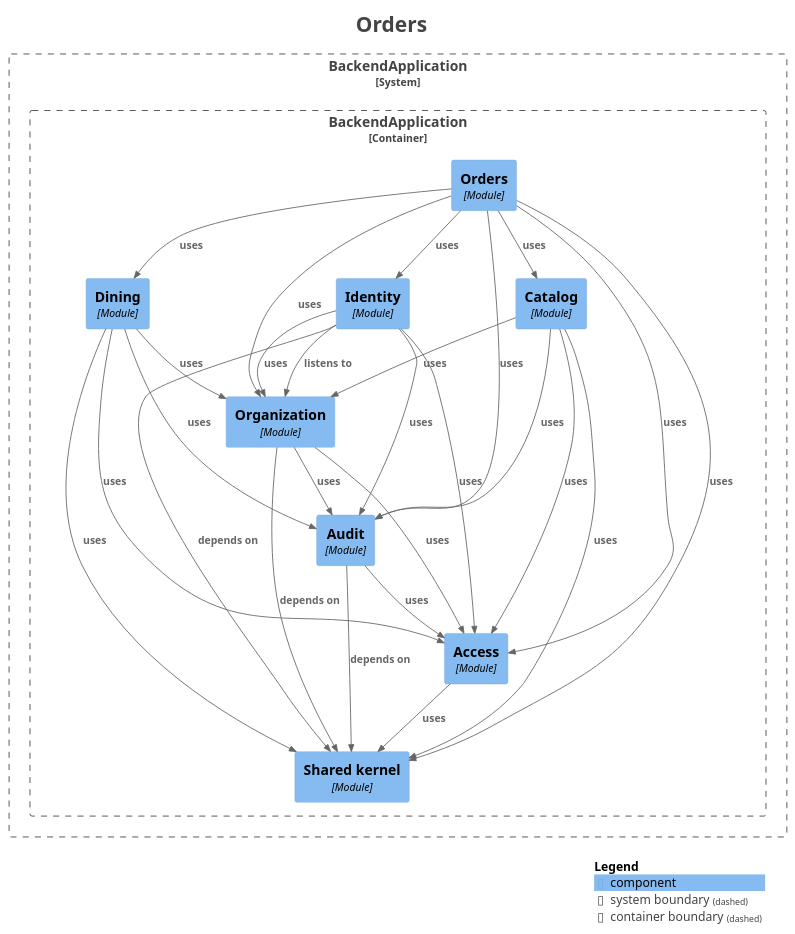
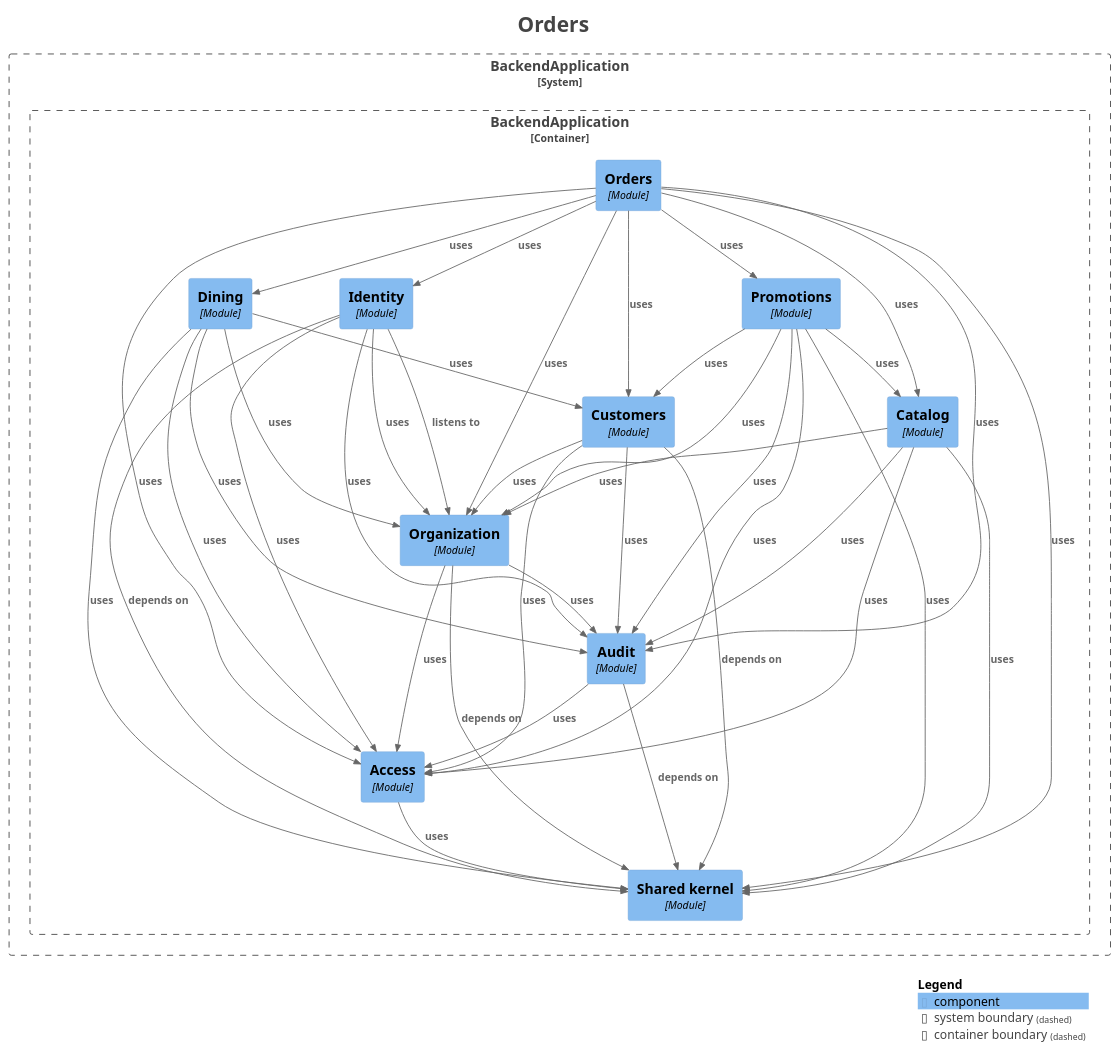
The diagram in docs/architecture/modules/module-orders.puml (fxavier/restaurantePRO), drawn with PlantUML before and after one commit. The commit also changed 24 other files, not shown here.

First line of the commit message:
docs(architecture): regenerate the Modulith module docs for R4

```diff
--- a/docs/architecture/modules/module-orders.puml
+++ b/docs/architecture/modules/module-orders.puml
@@ -1,61 +1,76 @@
 @startuml
 title <size:24>Orders</size>
 
 set separator none
 top to bottom direction
 
 <style>
   root {
     BackgroundColor: #ffffff
     FontColor: #444444
   }
 </style>
 
 !include <C4/C4>
 !include <C4/C4_Context>
 !include <C4/C4_Component>
 
 System_Boundary("BackendApplication_boundary", "BackendApplication", $tags="") {
   Container_Boundary("BackendApplication.BackendApplication_boundary", "BackendApplication", $tags="") {
+    Component(BackendApplication.BackendApplication.Identity, "Identity", $techn="Module", $descr="", $tags="", $link="")
     Component(BackendApplication.BackendApplication.Dining, "Dining", $techn="Module", $descr="", $tags="", $link="")
-    Component(BackendApplication.BackendApplication.Identity, "Identity", $techn="Module", $descr="", $tags="", $link="")
+    Component(BackendApplication.BackendApplication.Promotions, "Promotions", $techn="Module", $descr="", $tags="", $link="")
     Component(BackendApplication.BackendApplication.Orders, "Orders", $techn="Module", $descr="", $tags="", $link="")
     Component(BackendApplication.BackendApplication.Sharedkernel, "Shared kernel", $techn="Module", $descr="", $tags="", $link="")
     Component(BackendApplication.BackendApplication.Access, "Access", $techn="Module", $descr="", $tags="", $link="")
     Component(BackendApplication.BackendApplication.Audit, "Audit", $techn="Module", $descr="", $tags="", $link="")
     Component(BackendApplication.BackendApplication.Organization, "Organization", $techn="Module", $descr="", $tags="", $link="")
     Component(BackendApplication.BackendApplication.Catalog, "Catalog", $techn="Module", $descr="", $tags="", $link="")
+    Component(BackendApplication.BackendApplication.Customers, "Customers", $techn="Module", $descr="", $tags="", $link="")
   }
 
 }
 
-Rel(BackendApplication.BackendApplication.Organization, BackendApplication.BackendApplication.Sharedkernel, "depends on", $techn="", $tags="", $link="")
-Rel(BackendApplication.BackendApplication.Organization, BackendApplication.BackendApplication.Audit, "uses", $techn="", $tags="", $link="")
-Rel(BackendApplication.BackendApplication.Organization, BackendApplication.BackendApplication.Access, "uses", $techn="", $tags="", $link="")
-Rel(BackendApplication.BackendApplication.Orders, BackendApplication.BackendApplication.Access, "uses", $techn="", $tags="", $link="")
-Rel(BackendApplication.BackendApplication.Orders, BackendApplication.BackendApplication.Catalog, "uses", $techn="", $tags="", $link="")
-Rel(BackendApplication.BackendApplication.Orders, BackendApplication.BackendApplication.Identity, "uses", $techn="", $tags="", $link="")
-Rel(BackendApplication.BackendApplication.Orders, BackendApplication.BackendApplication.Dining, "uses", $techn="", $tags="", $link="")
-Rel(BackendApplication.BackendApplication.Orders, BackendApplication.BackendApplication.Audit, "uses", $techn="", $tags="", $link="")
-Rel(BackendApplication.BackendApplication.Orders, BackendApplication.BackendApplication.Sharedkernel, "uses", $techn="", $tags="", $link="")
-Rel(BackendApplication.BackendApplication.Orders, BackendApplication.BackendApplication.Organization, "uses", $techn="", $tags="", $link="")
-Rel(BackendApplication.BackendApplication.Audit, BackendApplication.BackendApplication.Sharedkernel, "depends on", $techn="", $tags="", $link="")
 Rel(BackendApplication.BackendApplication.Audit, BackendApplication.BackendApplication.Access, "uses", $techn="", $tags="", $link="")
-Rel(BackendApplication.BackendApplication.Access, BackendApplication.BackendApplication.Sharedkernel, "uses", $techn="", $tags="", $link="")
-Rel(BackendApplication.BackendApplication.Catalog, BackendApplication.BackendApplication.Access, "uses", $techn="", $tags="", $link="")
-Rel(BackendApplication.BackendApplication.Catalog, BackendApplication.BackendApplication.Audit, "uses", $techn="", $tags="", $link="")
-Rel(BackendApplication.BackendApplication.Catalog, BackendApplication.BackendApplication.Organization, "uses", $techn="", $tags="", $link="")
-Rel(BackendApplication.BackendApplication.Catalog, BackendApplication.BackendApplication.Sharedkernel, "uses", $techn="", $tags="", $link="")
-Rel(BackendApplication.BackendApplication.Dining, BackendApplication.BackendApplication.Access, "uses", $techn="", $tags="", $link="")
-Rel(BackendApplication.BackendApplication.Dining, BackendApplication.BackendApplication.Audit, "uses", $techn="", $tags="", $link="")
-Rel(BackendApplication.BackendApplication.Dining, BackendApplication.BackendApplication.Sharedkernel, "uses", $techn="", $tags="", $link="")
-Rel(BackendApplication.BackendApplication.Dining, BackendApplication.BackendApplication.Organization, "uses", $techn="", $tags="", $link="")
 Rel(BackendApplication.BackendApplication.Identity, BackendApplication.BackendApplication.Organization, "listens to", $techn="", $tags="", $link="")
 Rel(BackendApplication.BackendApplication.Identity, BackendApplication.BackendApplication.Sharedkernel, "depends on", $techn="", $tags="", $link="")
 Rel(BackendApplication.BackendApplication.Identity, BackendApplication.BackendApplication.Access, "uses", $techn="", $tags="", $link="")
 Rel(BackendApplication.BackendApplication.Identity, BackendApplication.BackendApplication.Audit, "uses", $techn="", $tags="", $link="")
 Rel(BackendApplication.BackendApplication.Identity, BackendApplication.BackendApplication.Organization, "uses", $techn="", $tags="", $link="")
+Rel(BackendApplication.BackendApplication.Orders, BackendApplication.BackendApplication.Access, "uses", $techn="", $tags="", $link="")
+Rel(BackendApplication.BackendApplication.Orders, BackendApplication.BackendApplication.Catalog, "uses", $techn="", $tags="", $link="")
+Rel(BackendApplication.BackendApplication.Orders, BackendApplication.BackendApplication.Customers, "uses", $techn="", $tags="", $link="")
+Rel(BackendApplication.BackendApplication.Orders, BackendApplication.BackendApplication.Identity, "uses", $techn="", $tags="", $link="")
+Rel(BackendApplication.BackendApplication.Orders, BackendApplication.BackendApplication.Audit, "uses", $techn="", $tags="", $link="")
+Rel(BackendApplication.BackendApplication.Orders, BackendApplication.BackendApplication.Promotions, "uses", $techn="", $tags="", $link="")
+Rel(BackendApplication.BackendApplication.Orders, BackendApplication.BackendApplication.Dining, "uses", $techn="", $tags="", $link="")
+Rel(BackendApplication.BackendApplication.Orders, BackendApplication.BackendApplication.Sharedkernel, "uses", $techn="", $tags="", $link="")
+Rel(BackendApplication.BackendApplication.Orders, BackendApplication.BackendApplication.Organization, "uses", $techn="", $tags="", $link="")
+Rel(BackendApplication.BackendApplication.Customers, BackendApplication.BackendApplication.Sharedkernel, "depends on", $techn="", $tags="", $link="")
+Rel(BackendApplication.BackendApplication.Customers, BackendApplication.BackendApplication.Access, "uses", $techn="", $tags="", $link="")
+Rel(BackendApplication.BackendApplication.Customers, BackendApplication.BackendApplication.Organization, "uses", $techn="", $tags="", $link="")
+Rel(BackendApplication.BackendApplication.Customers, BackendApplication.BackendApplication.Audit, "uses", $techn="", $tags="", $link="")
+Rel(BackendApplication.BackendApplication.Organization, BackendApplication.BackendApplication.Sharedkernel, "depends on", $techn="", $tags="", $link="")
+Rel(BackendApplication.BackendApplication.Organization, BackendApplication.BackendApplication.Audit, "uses", $techn="", $tags="", $link="")
+Rel(BackendApplication.BackendApplication.Organization, BackendApplication.BackendApplication.Access, "uses", $techn="", $tags="", $link="")
+Rel(BackendApplication.BackendApplication.Promotions, BackendApplication.BackendApplication.Organization, "uses", $techn="", $tags="", $link="")
+Rel(BackendApplication.BackendApplication.Promotions, BackendApplication.BackendApplication.Access, "uses", $techn="", $tags="", $link="")
+Rel(BackendApplication.BackendApplication.Promotions, BackendApplication.BackendApplication.Customers, "uses", $techn="", $tags="", $link="")
+Rel(BackendApplication.BackendApplication.Promotions, BackendApplication.BackendApplication.Audit, "uses", $techn="", $tags="", $link="")
+Rel(BackendApplication.BackendApplication.Promotions, BackendApplication.BackendApplication.Sharedkernel, "uses", $techn="", $tags="", $link="")
+Rel(BackendApplication.BackendApplication.Promotions, BackendApplication.BackendApplication.Catalog, "uses", $techn="", $tags="", $link="")
+Rel(BackendApplication.BackendApplication.Access, BackendApplication.BackendApplication.Sharedkernel, "uses", $techn="", $tags="", $link="")
+Rel(BackendApplication.BackendApplication.Catalog, BackendApplication.BackendApplication.Access, "uses", $techn="", $tags="", $link="")
+Rel(BackendApplication.BackendApplication.Catalog, BackendApplication.BackendApplication.Sharedkernel, "uses", $techn="", $tags="", $link="")
+Rel(BackendApplication.BackendApplication.Catalog, BackendApplication.BackendApplication.Audit, "uses", $techn="", $tags="", $link="")
+Rel(BackendApplication.BackendApplication.Catalog, BackendApplication.BackendApplication.Organization, "uses", $techn="", $tags="", $link="")
+Rel(BackendApplication.BackendApplication.Dining, BackendApplication.BackendApplication.Access, "uses", $techn="", $tags="", $link="")
+Rel(BackendApplication.BackendApplication.Dining, BackendApplication.BackendApplication.Audit, "uses", $techn="", $tags="", $link="")
+Rel(BackendApplication.BackendApplication.Dining, BackendApplication.BackendApplication.Sharedkernel, "uses", $techn="", $tags="", $link="")
+Rel(BackendApplication.BackendApplication.Dining, BackendApplication.BackendApplication.Organization, "uses", $techn="", $tags="", $link="")
+Rel(BackendApplication.BackendApplication.Dining, BackendApplication.BackendApplication.Customers, "uses", $techn="", $tags="", $link="")
+Rel(BackendApplication.BackendApplication.Audit, BackendApplication.BackendApplication.Sharedkernel, "depends on", $techn="", $tags="", $link="")
 
 SHOW_LEGEND(true)
 hide stereotypes
 @enduml
```
